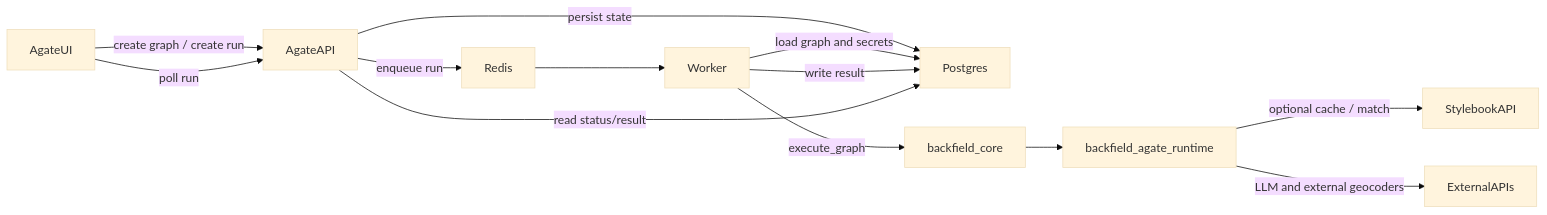
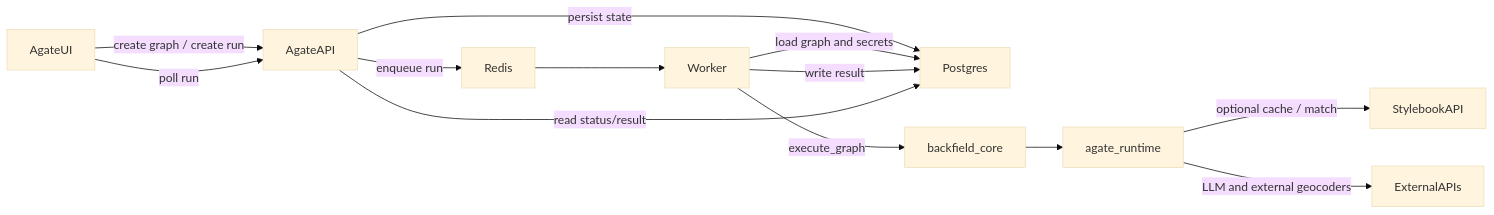
Before and after one commit to localangle/backfield: the diagram in docs/ARCHITECTURE.md, drawn with Mermaid (base theme). The commit also changed other lines of this file and 109 other files, not shown here.

First line of the commit message:
Rename vendored Agate runtime to agate-runtime

````diff
--- a/docs/ARCHITECTURE.md
+++ b/docs/ARCHITECTURE.md
@@ -45,15 +45,15 @@
 ```mermaid
 flowchart LR
     AgateUI[AgateUI] -->|create graph / create run| AgateAPI[AgateAPI]
     AgateAPI -->|persist state| Postgres[Postgres]
     AgateAPI -->|enqueue run| Redis[Redis]
     Redis --> Worker[Worker]
     Worker -->|load graph and secrets| Postgres
     Worker -->|execute_graph| Core[backfield_core]
-    Core --> Runtime[backfield_agate_runtime]
+    Core --> Runtime[agate_runtime]
     Runtime -->|optional cache / match| StylebookAPI[StylebookAPI]
     Runtime -->|LLM and external geocoders| ExternalAPIs[ExternalAPIs]
     Worker -->|write result| Postgres
     AgateUI -->|poll run| AgateAPI
     AgateAPI -->|read status/result| Postgres
 ```
````
